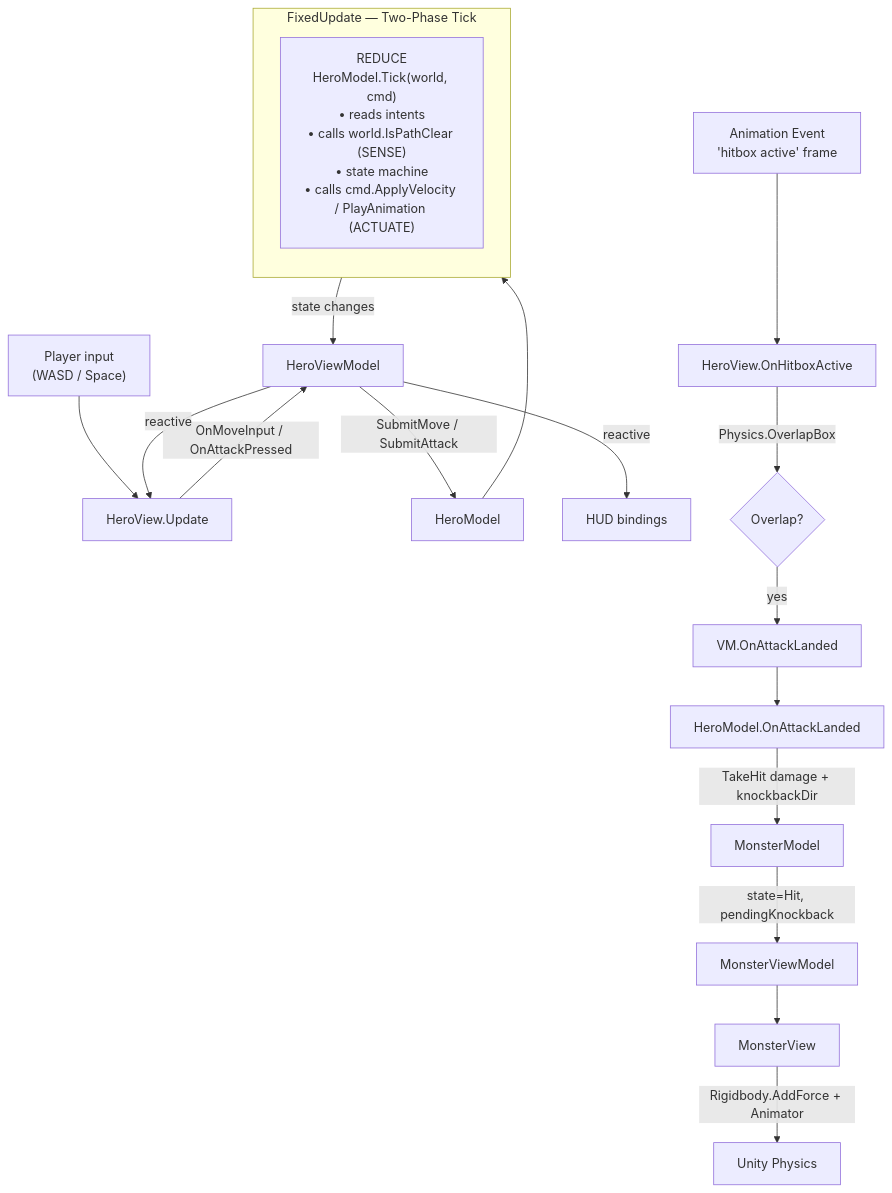
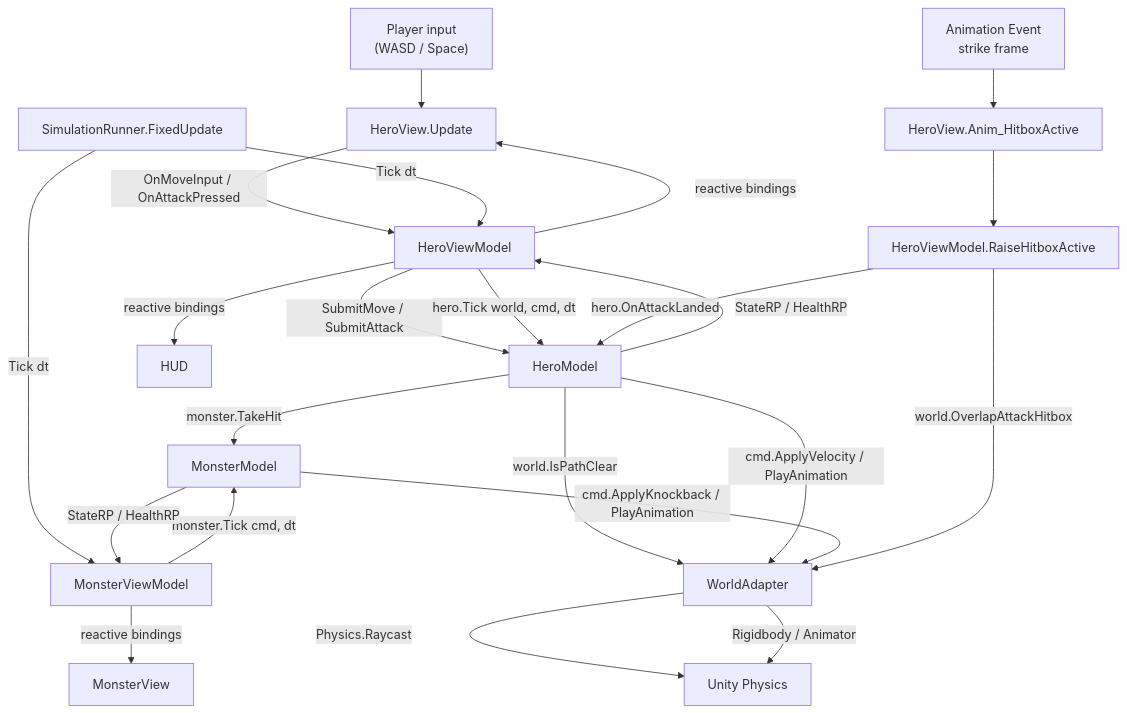
One commit to MgCohen/Scaffold changed the diagram in Docs/mvvm-physics-sketch.md. Above: the diagram before and after it, drawn with Mermaid. The commit also changed other lines of this file, not shown here.

First line of the commit message:
Tighten MVVM sketch: View no longer references Model

````diff
--- a/Docs/mvvm-physics-sketch.md
+++ b/Docs/mvvm-physics-sketch.md
@@ -30,25 +33,31 @@
 ```mermaid
 flowchart TD
   Input["Player input<br/>(WASD / Space)"] --> HV[HeroView.Update]
-  HV -->|OnMoveInput / OnAttackPressed| VM[HeroViewModel]
-  VM -->|SubmitMove / SubmitAttack| HM[HeroModel]
+  HV -->|OnMoveInput / OnAttackPressed| HVM[HeroViewModel]
+  HVM -->|SubmitMove / SubmitAttack| HM[HeroModel]
 
-  subgraph Tick["FixedUpdate — Two-Phase Tick"]
-    direction TB
-    R["REDUCE<br/>HeroModel.Tick(world, cmd)<br/>• reads intents<br/>• calls world.IsPathClear (SENSE)<br/>• state machine<br/>• calls cmd.ApplyVelocity / PlayAnimation (ACTUATE)"]
-  end
+  SR["SimulationRunner.FixedUpdate"] -->|Tick dt| HVM
+  SR -->|Tick dt| MVM[MonsterViewModel]
 
-  HM --> R
-  R -->|state changes| VM
-  VM -->|reactive| HUD["HUD bindings"]
-  VM -->|reactive| HV
+  HVM -->|hero.Tick world, cmd, dt| HM
+  MVM -->|monster.Tick cmd, dt| MM[MonsterModel]
 
-  AE["Animation Event<br/>'hitbox active' frame"] --> AH[HeroView.OnHitboxActive]
-  AH -->|Physics.OverlapBox| Hit{Overlap?}
-  Hit -- yes --> VM2[VM.OnAttackLanded]
-  VM2 --> HM2[HeroModel.OnAttackLanded]
-  HM2 -->|TakeHit damage + knockbackDir| MM[MonsterModel]
-  MM -->|state=Hit, pendingKnockback| MVM[MonsterViewModel]
-  MVM --> MV[MonsterView]
-  MV -->|Rigidbody.AddForce + Animator| Phys[Unity Physics]
+  HM -->|world.IsPathClear| WA[WorldAdapter]
+  HM -->|cmd.ApplyVelocity / PlayAnimation| WA
+  MM -->|cmd.ApplyKnockback / PlayAnimation| WA
+
+  WA -->|Physics.Raycast| Phys[Unity Physics]
+  WA -->|Rigidbody / Animator| Phys
+
+  HM -->|StateRP / HealthRP| HVM
+  MM -->|StateRP / HealthRP| MVM
+  HVM -->|reactive bindings| HV
+  MVM -->|reactive bindings| MV[MonsterView]
+  HVM -->|reactive bindings| HUD
+
+  AE["Animation Event<br/>strike frame"] --> AH[HeroView.Anim_HitboxActive]
+  AH --> HVMHit[HeroViewModel.RaiseHitboxActive]
+  HVMHit -->|world.OverlapAttackHitbox| WA
+  HVMHit -->|hero.OnAttackLanded| HM
+  HM -->|monster.TakeHit| MM
 ```
````
